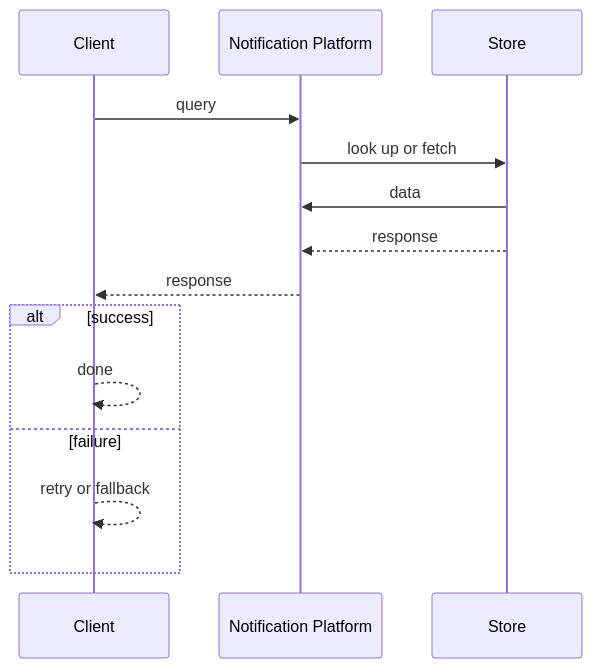
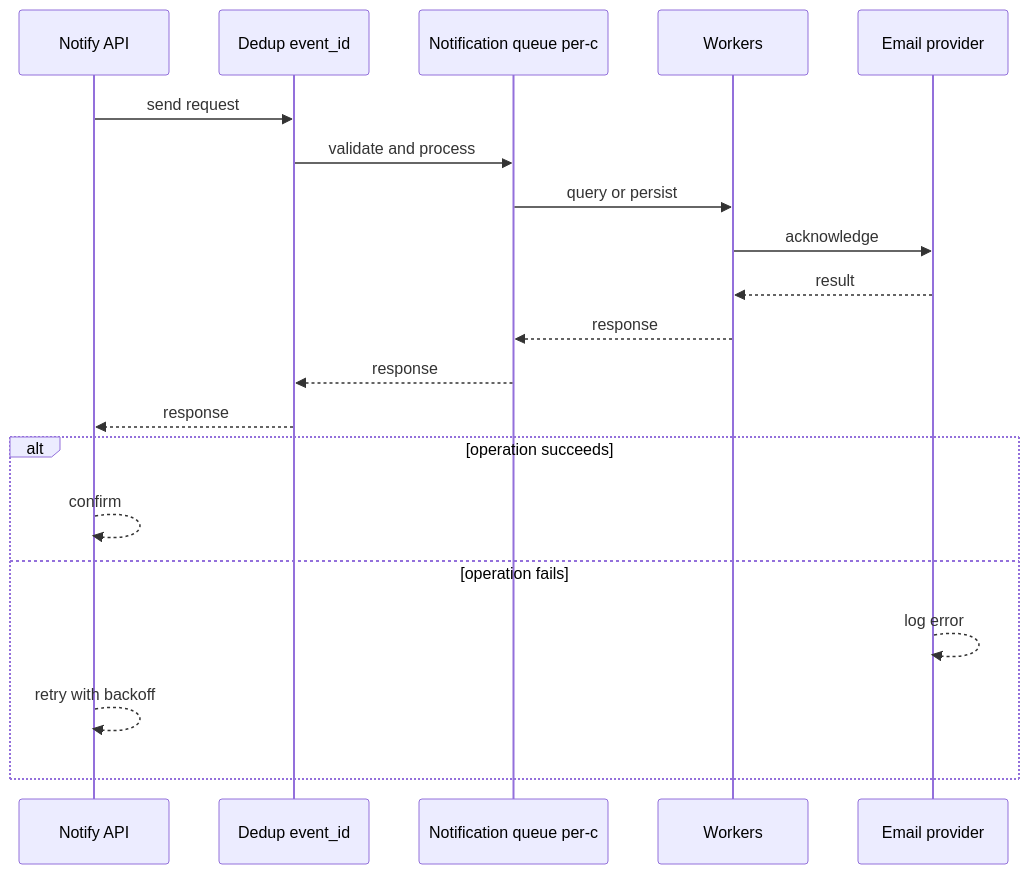
Before and after one commit to RIT-MESH/system-design-mastery: the second of 4 diagrams in case-studies/beginner/notification-platform.md, drawn with Mermaid. The commit also changed other lines of this file and 64 other files, not shown here.

````diff
--- a/case-studies/beginner/notification-platform.md
+++ b/case-studies/beginner/notification-platform.md
@@ -73,17 +64,23 @@
 ```mermaid
 %% created-for: system-design-mastery
 sequenceDiagram
-  participant P0 as Client
-  participant P1 as Notification Platform
-  participant P2 as Store
-  P0 ->> P1: query
-  P1 ->> P2: look up or fetch
-  P2 ->> P1: data
-  P2 -->> P1: response
-  P1 -->> P0: response
-  alt success
-    P0 -->> P0: done
-  else failure
-    P0 -->> P0: retry or fallback
+  participant C0 as Notify API
+  participant C1 as Dedup event_id
+  participant C2 as Notification queue per-c
+  participant C3 as Workers
+  participant C4 as Email provider
+  C0 ->> C1: send request
+  C1 ->> C2: validate and process
+  C2 ->> C3: query or persist
+  C3 ->> C4: acknowledge
+  C4 -->> C3: result
+  C3 -->> C2: response
+  C2 -->> C1: response
+  C1 -->> C0: response
+  alt operation succeeds
+    C0 -->> C0: confirm
+  else operation fails
+    C4 -->> C4: log error
+    C0 -->> C0: retry with backoff
   end
 ```
````
